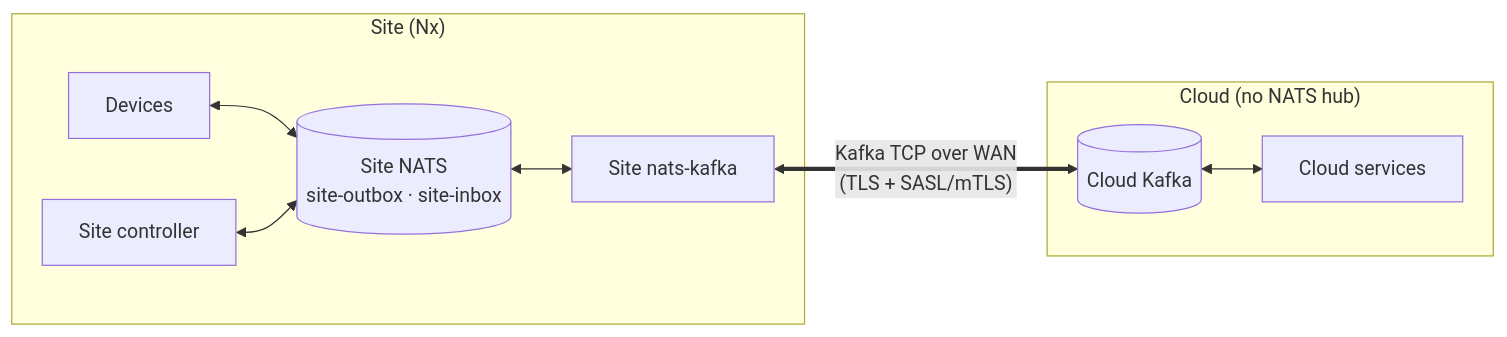
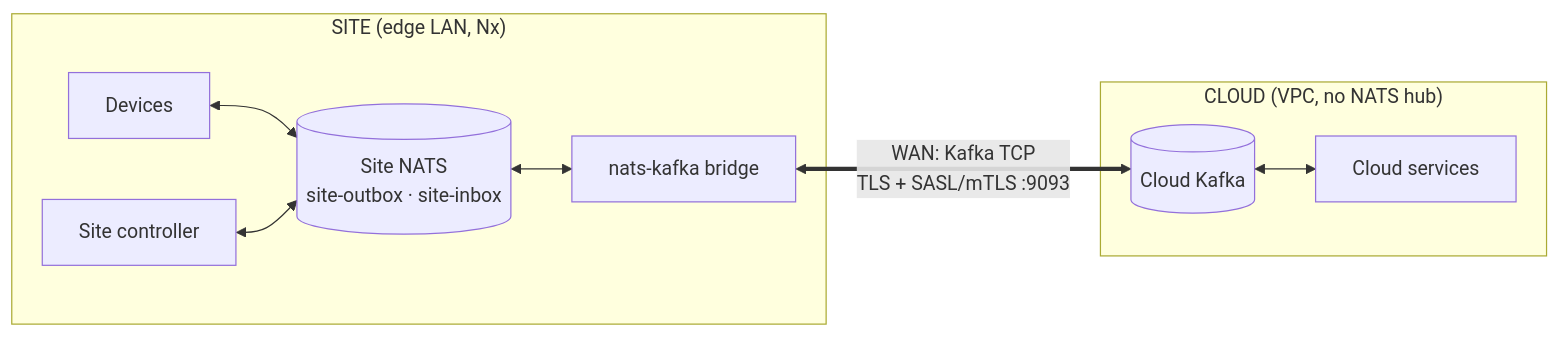
One commit to jinternals/nats-demo changed the second of 2 diagrams in docs/comparison.md. Above: the diagram before and after it, drawn with Mermaid. The commit also changed other lines of this file and 3 other files, not shown here.

Commit message:
Make Site / WAN / Cloud boundaries explicit in all architecture diagrams

````diff
--- a/docs/comparison.md
+++ b/docs/comparison.md
@@ -38,14 +38,14 @@
 ```mermaid
 flowchart LR
-  subgraph site["Site (Nx)"]
+  subgraph site["SITE (edge LAN, Nx)"]
     dev["Devices"] <--> sn[("Site NATS<br/>site-outbox · site-inbox")]
     ctl["Site controller"] <--> sn
-    sn <--> br["Site nats-kafka"]
+    sn <--> br["nats-kafka bridge"]
   end
-  subgraph cloud["Cloud (no NATS hub)"]
+  subgraph cloud["CLOUD (VPC, no NATS hub)"]
     kf[("Cloud Kafka")]
     svc["Cloud services"]
     kf <--> svc
   end
-  br <== "Kafka TCP over WAN<br/>(TLS + SASL/mTLS)" ==> kf
+  br <== "WAN: Kafka TCP<br/>TLS + SASL/mTLS :9093" ==> kf
 ```
````
